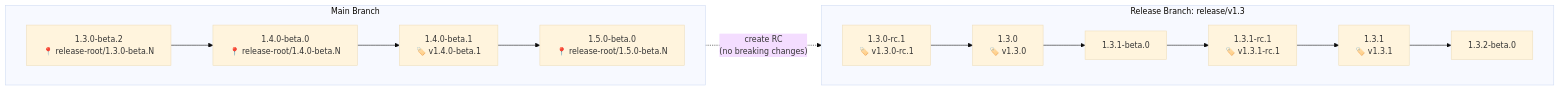
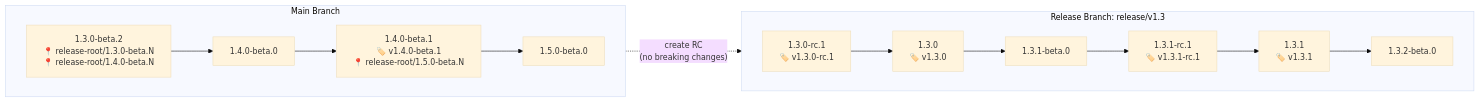
One commit to lancedb/lance changed the second of 2 diagrams in release_process.md. Above: the diagram before and after it, drawn with Mermaid. The commit also changed other lines of this file, not shown here.

First line of the commit message:
docs: fix version flow diagram to match actual implementation

````diff
--- a/release_process.md
+++ b/release_process.md
@@ -92,21 +92,21 @@
 ```mermaid
 %%{init: {'theme':'base', 'themeVariables': { 'fontSize':'14px'}}}%%
 flowchart LR
     subgraph main["Main Branch"]
         direction LR
-        M0["1.3.0-beta.2<br/>📍 release-root/1.3.0-beta.N"] --> M1["1.4.0-beta.0<br/>📍 release-root/1.4.0-beta.N"]
-        M1 --> M2["1.4.0-beta.1<br/>🏷️ v1.4.0-beta.1"]
-        M2 --> M3["1.5.0-beta.0<br/>📍 release-root/1.5.0-beta.N"]
+        M0["1.3.0-beta.2<br/>📍 release-root/1.3.0-beta.N<br/>📍 release-root/1.4.0-beta.N"] --> M1["1.4.0-beta.0"]
+        M1 --> M2["1.4.0-beta.1<br/>🏷️ v1.4.0-beta.1<br/>📍 release-root/1.5.0-beta.N"]
+        M2 --> M3["1.5.0-beta.0"]
     end
 
     subgraph release["Release Branch: release/v1.3"]
         direction LR
         R1["1.3.0-rc.1<br/>🏷️ v1.3.0-rc.1"] --> R2["1.3.0<br/>🏷️ v1.3.0"]
         R2 --> R3["1.3.1-beta.0"]
         R3 --> R4["1.3.1-rc.1<br/>🏷️ v1.3.1-rc.1"]
         R4 --> R5["1.3.1<br/>🏷️ v1.3.1"]
         R5 --> R6["1.3.2-beta.0"]
     end
 
     M0 -.->|"create RC<br/>(no breaking changes)"| R1
 ```
````
